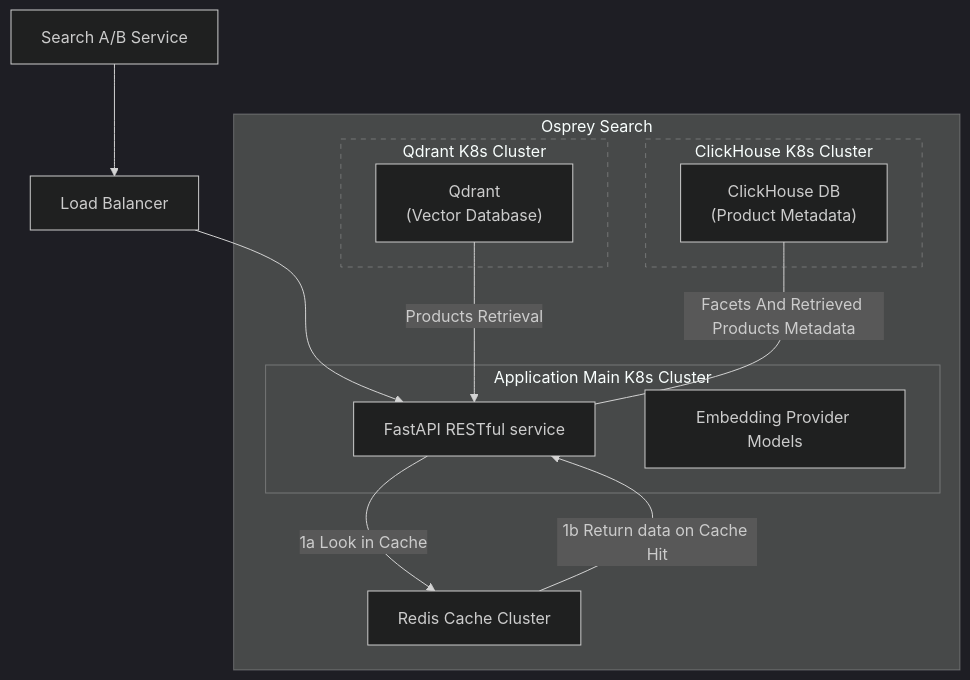
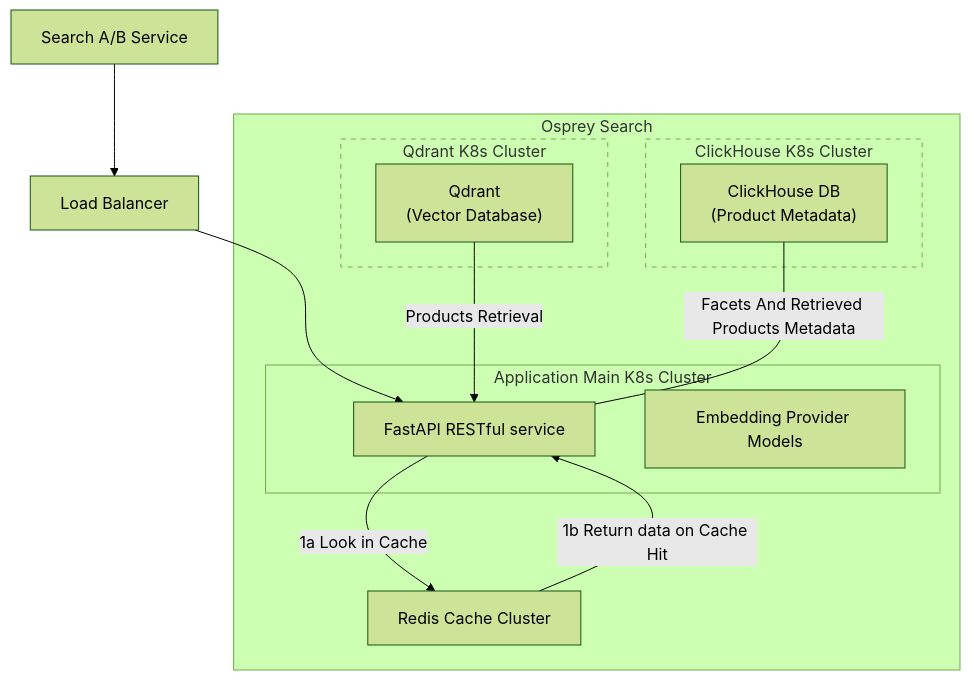
One commit to caiferris/qtact changed the diagram in osprey_search_ARCHITECTURE.md. Above: the diagram before and after it, drawn with Mermaid.

Commit message:
Updated osprey doc

````diff
--- a/osprey_search_ARCHITECTURE.md
+++ b/osprey_search_ARCHITECTURE.md
@@ -45,35 +45,35 @@
 ```mermaid
 %%{
   init: {
-    'theme': 'dark'
+    'theme': 'forest'
   }
 }%%
 graph 
   query["Search A/B Service"]
   load_balancer["Load Balancer"]
   api_server["FastAPI RESTful service"]
   embedding_model["Embedding Provider Models"]
   redis["Redis Cache Cluster"]
   qdrant_vdb["`Qdrant
 (Vector Database)`"]
   clickhouse_cdb["`ClickHouse DB
 (Product Metadata)`"]
   query --> load_balancer --> api_server
 subgraph parent_subgraph["Osprey Search"]
   api_server -- 1a Look in Cache --> redis
   redis -- 1b Return data on Cache Hit --> api_server
   subgraph sub_graph_group1["Application Main K8s Cluster"]
     style sub_graph_group1 stroke: 5, 5
     api_server
     embedding_model
   end
   subgraph qdrant_cluster["Qdrant K8s Cluster"]
     style qdrant_cluster stroke-dasharray: 5, 5
     qdrant_vdb -- Products Retrieval --> api_server
   end
   subgraph clickhouse_cluster["ClickHouse K8s Cluster"]
     style clickhouse_cluster stroke-dasharray: 5, 5
     clickhouse_cdb -- Facets And Retrieved Products Metadata --- api_server
   end
 end
 ```
````
